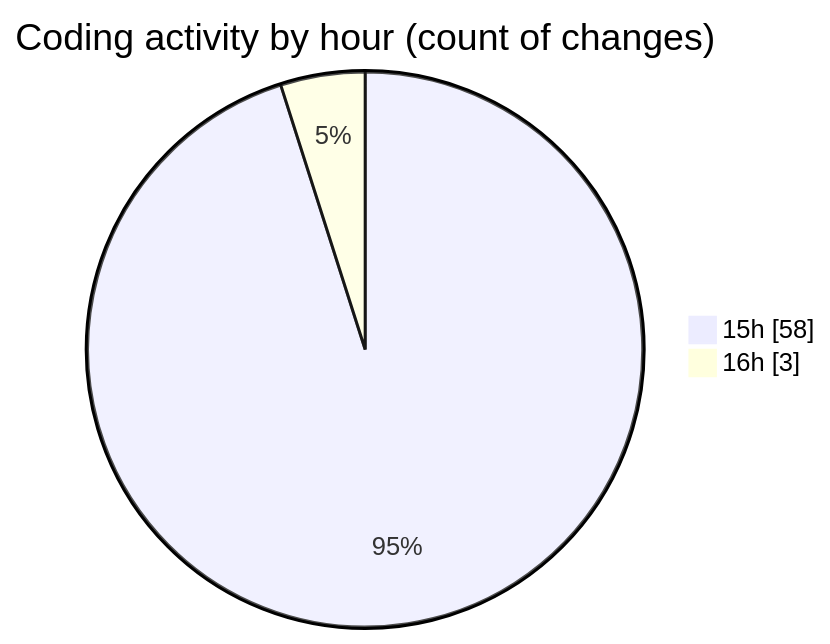
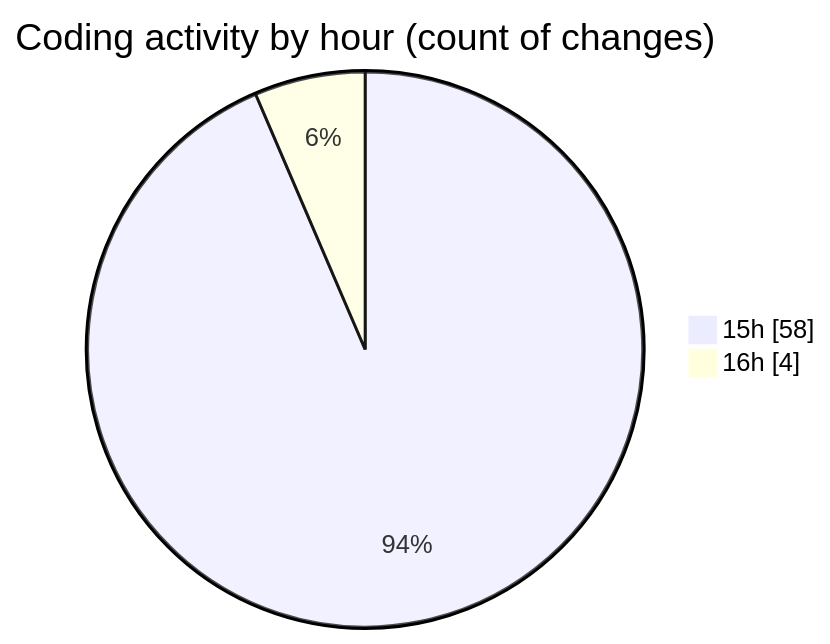
One commit to momahboobian/code-tracking changed the second of 2 diagrams in 2026-01-22/cda-web-components/README.md. Above: the diagram before and after it, drawn with Mermaid. The commit also changed other lines of this file and 1 other file, not shown here.

````diff
--- a/2026-01-22/cda-web-components/README.md
+++ b/2026-01-22/cda-web-components/README.md
@@ -66,6 +68,6 @@
 ```mermaid
 pie showData
 title Coding activity by hour (count of changes)
 "15h" : 58
-"16h" : 3
+"16h" : 4
 ```
````
